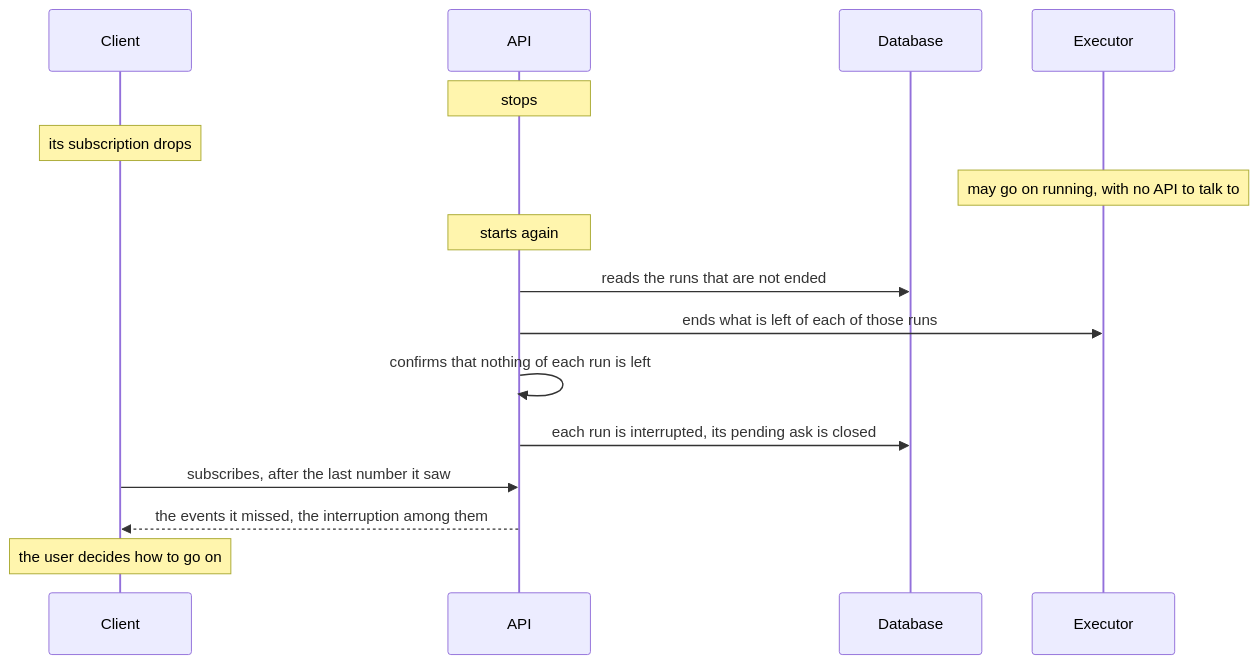
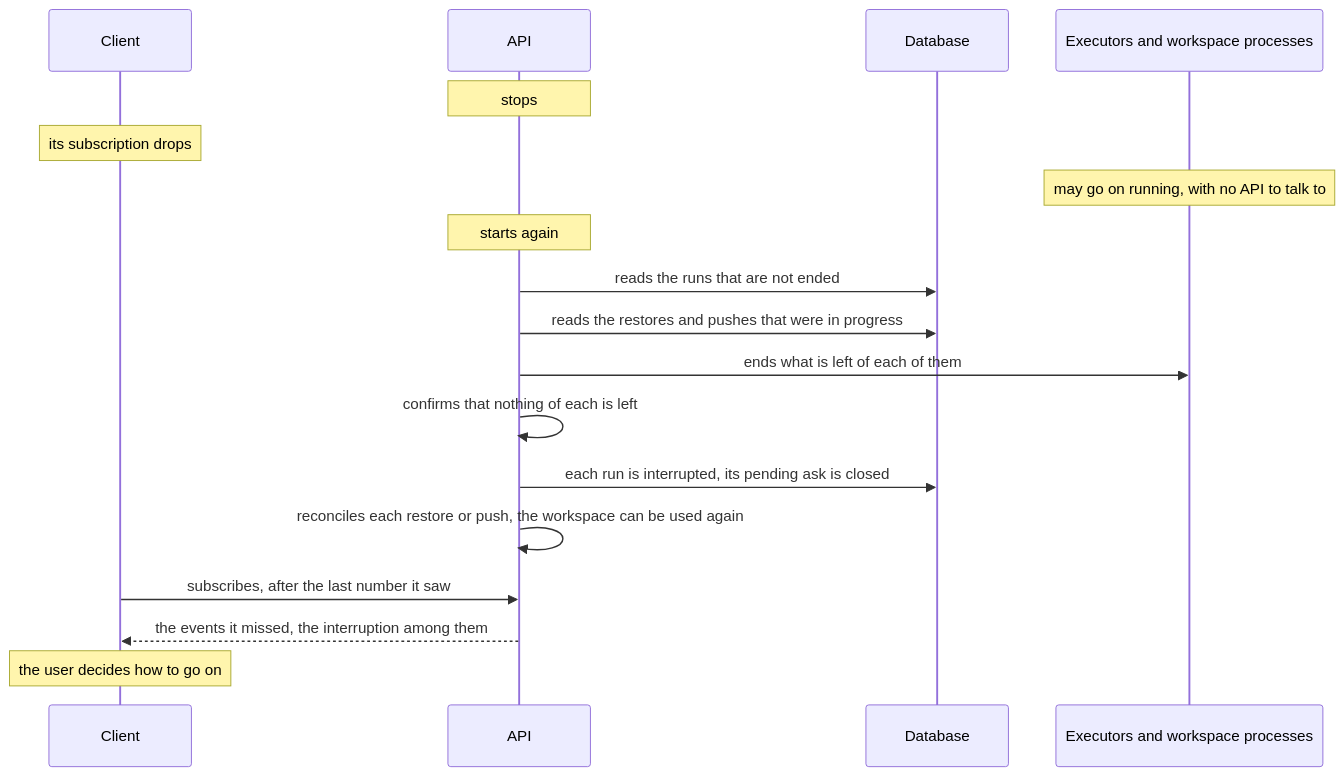
The diagram in flows/restart.md (Mikode13/harness-docs), drawn with Mermaid before and after one commit. The commit also changed other lines of this file and 7 other files, not shown here.

First line of the commit message:
docs: cover restores and pushes in the recovery, and keep a worktree's branch name

````diff
--- a/flows/restart.md
+++ b/flows/restart.md
@@ -13,21 +14,23 @@
 ```mermaid
 sequenceDiagram
     participant C as Client
     participant A as API
     participant D as Database
-    participant E as Executor
+    participant P as Executors and workspace processes
 
     Note over A: stops
     Note over C: its subscription drops
-    Note over E: may go on running, with no API to talk to
+    Note over P: may go on running, with no API to talk to
 
     Note over A: starts again
     A->>D: reads the runs that are not ended
-    A->>E: ends what is left of each of those runs
-    A->>A: confirms that nothing of each run is left
+    A->>D: reads the restores and pushes that were in progress
+    A->>P: ends what is left of each of them
+    A->>A: confirms that nothing of each is left
     A->>D: each run is interrupted, its pending ask is closed
+    A->>A: reconciles each restore or push, the workspace can be used again
 
     C->>A: subscribes, after the last number it saw
     A-->>C: the events it missed, the interruption among them
     Note over C: the user decides how to go on
 ```
````
